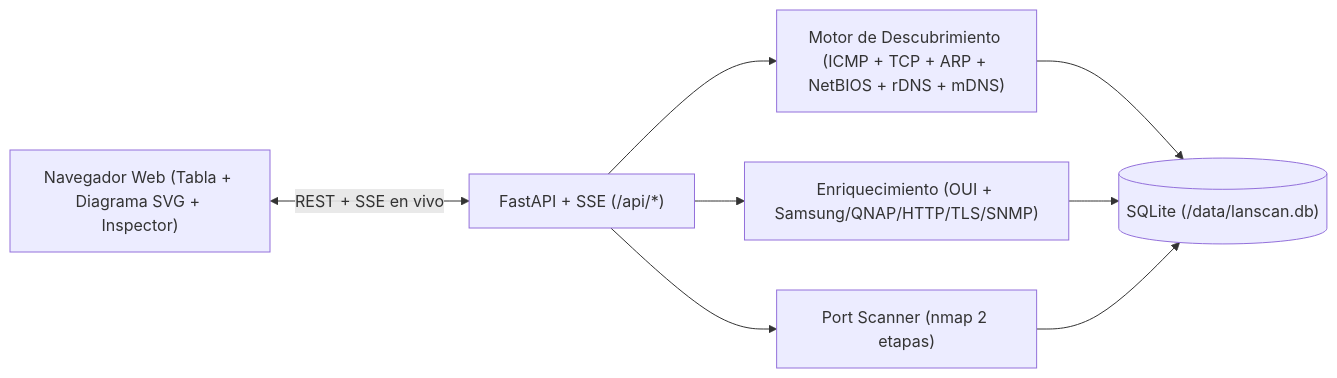
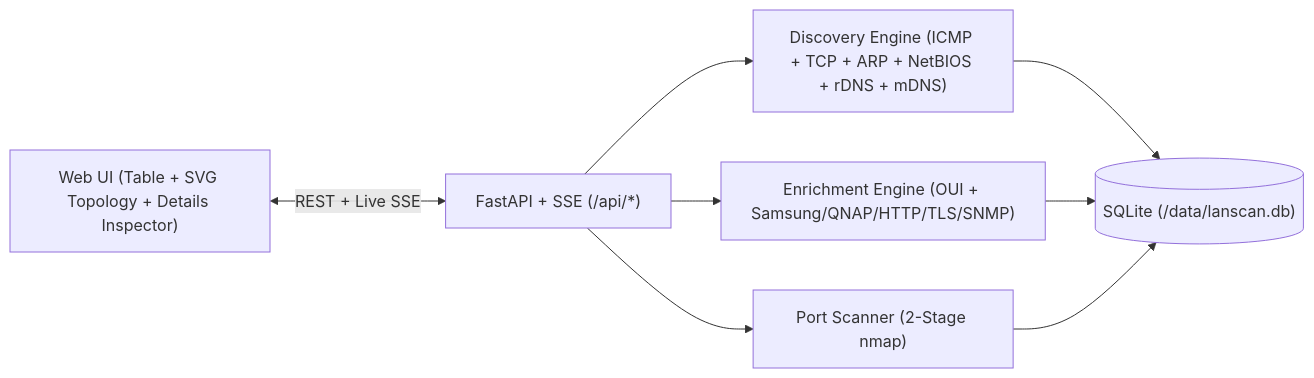
The diagram in README.md (jzaldumbide/lanscan-web), drawn with Mermaid before and after one commit. The commit also changed other lines of this file and 1 other file, not shown here.

````diff
--- a/README.md
+++ b/README.md
@@ -39,17 +41,17 @@
 ```mermaid
 flowchart LR
-    Browser["Navegador Web (Tabla + Diagrama SVG + Inspector)"]
+    Browser["Web UI (Table + SVG Topology + Details Inspector)"]
     API["FastAPI + SSE (/api/*)"]
-    Scanner["Motor de Descubrimiento (ICMP + TCP + ARP + NetBIOS + rDNS + mDNS)"]
-    Enrich["Enriquecimiento (OUI + Samsung/QNAP/HTTP/TLS/SNMP)"]
-    Nmap["Port Scanner (nmap 2 etapas)"]
+    Scanner["Discovery Engine (ICMP + TCP + ARP + NetBIOS + rDNS + mDNS)"]
+    Enrich["Enrichment Engine (OUI + Samsung/QNAP/HTTP/TLS/SNMP)"]
+    Nmap["Port Scanner (2-Stage nmap)"]
     DB[("SQLite (/data/lanscan.db)")]
 
-    Browser <-->|"REST + SSE en vivo"| API
+    Browser <-->|"REST + Live SSE"| API
     API --> Scanner
     API --> Enrich
     API --> Nmap
     Scanner --> DB
     Enrich --> DB
     Nmap --> DB
 ```
````
